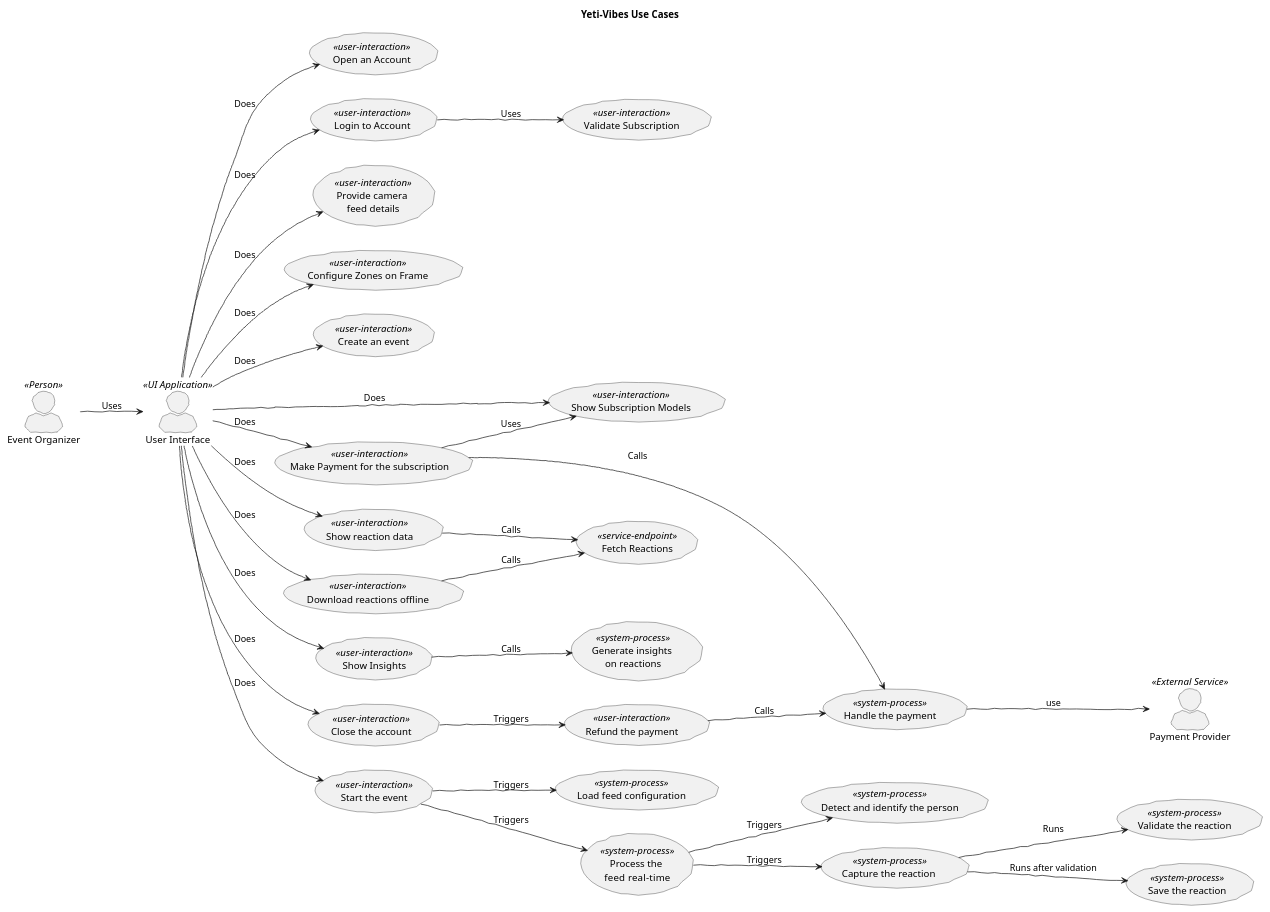
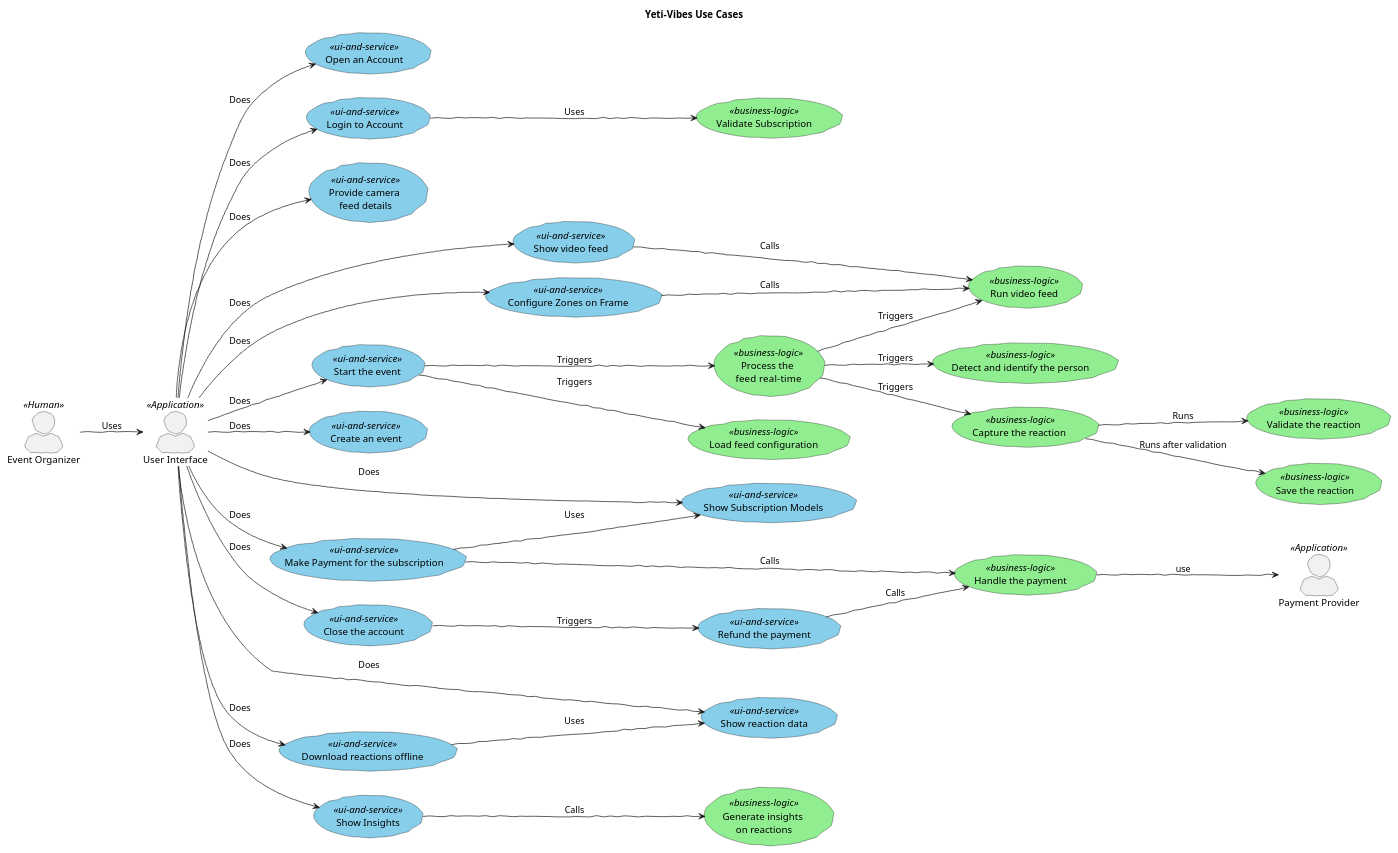
Before and after one commit to backendkolawole/yeti-crowd-insights: the diagram in docs/diagrams/src/yeti-vibes-use-cases.puml, drawn with PlantUML. The commit also changed 2 other files, not shown here.

Commit message:
Added few more use cases to the diagram. Some names changed

```diff
--- a/docs/diagrams/src/yeti-vibes-use-cases.puml
+++ b/docs/diagrams/src/yeti-vibes-use-cases.puml
@@ -1,79 +1,87 @@
 @startuml yeti_vibes_use_case_diagram
 title "Yeti-Vibes Use Cases"
 
 ' Layout settings
 skinparam actorStyle awesome
 skinparam handwritten true
 left to right direction
+skinparam usecase {
+    BackgroundColor<<ui-and-service>> SkyBlue
+    BackgroundColor<<business-logic>> LightGreen
+}
+
 
 ' Actor definitions
-actor :Event Organizer: as Client <<Person>>
-actor :User Interface: as UI <<UI Application>>
-actor :Payment Provider: as PaymentProvider <<External Service>>
+actor :Event Organizer: as Client << Human >>
+actor :User Interface: as UI <<Application>>
+actor :Payment Provider: as PaymentProvider <<Application>>
 
-' Client interaction use cases
-'rectangle Client_Interactions {
-    usecase OpenAccount as "Open an Account" <<user-interaction>>
-    usecase Login as "Login to Account" <<user-interaction>>
-    usecase ValidateSubscription as "Validate Subscription" <<user-interaction>>
-    usecase ConfigureCamera as "Provide camera \nfeed details" <<user-interaction>>
-    usecase ConfigureFrame as "Configure Zones on Frame" <<user-interaction>>
-    usecase CreateEvent as "Create an event" <<user-interaction>>
-    usecase ShowSubscriptions as "Show Subscription Models" <<user-interaction>>
-    usecase MakePayment as "Make Payment for the subscription" <<user-interaction>>
-    usecase FetchReactions as "Fetch Reactions" <<service-endpoint>>
-    usecase ShowReactions as "Show reaction data" <<user-interaction>>
-    usecase DownloadReactions as "Download reactions offline" <<user-interaction>>
-    usecase ShowInsights as "Show Insights" <<user-interaction>>
-    usecase CloseAccount as "Close the account" <<user-interaction>>
-    usecase RefundPayment as "Refund the payment" <<user-interaction>>
-    usecase StartEvent as "Start the event" <<user-interaction>>
-'}
+' Client application or service interaction use cases
+
+    usecase OpenAccount as "Open an Account" <<ui-and-service>>
+    usecase Login as "Login to Account" <<ui-and-service>>
+    usecase ValidateSubscription as "Validate Subscription" <<business-logic>>
+    usecase ConfigureCamera as "Provide camera \nfeed details" <<ui-and-service>>
+    usecase ShowVideoFeed as "Show video feed" <<ui-and-service>>
+    usecase ConfigureFrame as "Configure Zones on Frame" <<ui-and-service>>
+    usecase CreateEvent as "Create an event" <<ui-and-service>>
+    usecase ShowSubscriptions as "Show Subscription Models" <<ui-and-service>>
+    usecase MakePayment as "Make Payment for the subscription" <<ui-and-service>>
+    usecase ShowReactions as "Show reaction data" <<ui-and-service>>
+    usecase DownloadReactions as "Download reactions offline" <<ui-and-service>>
+    usecase ShowInsights as "Show Insights" <<ui-and-service>>
+    usecase CloseAccount as "Close the account" <<ui-and-service>>
+    usecase RefundPayment as "Refund the payment" <<ui-and-service>>
+    usecase StartEvent as "Start the event" <<ui-and-service>>
+
 
 
 ' System process use cases
-'rectangle System_Interactions {
-    usecase LoadConfiguration as "Load feed configuration" <<system-process>>
-    usecase ProcessFeed as "Process the \nfeed  real-time" <<system-process>>
-    usecase IdentifyPerson as "Detect and identify the person" <<system-process>>
-    usecase CaptureReaction as "Capture the reaction " <<system-process>>
-    usecase ValidateReaction as "Validate the reaction" <<system-process>>
-    usecase SaveReaction as "Save the reaction" <<system-process>>
-    usecase GenerateInsights as "Generate insights \non reactions" <<system-process>>
-    usecase HandlePayment as "Handle the payment" <<system-process>>
-'}
+    usecase LoadConfiguration as "Load feed configuration" <<business-logic>>
+    usecase RunFeed as "Run video feed" <<business-logic>>
+    usecase ProcessFeed as "Process the \nfeed  real-time" <<business-logic>>
+    usecase IdentifyPerson as "Detect and identify the person" <<business-logic>>
+    usecase CaptureReaction as "Capture the reaction " <<business-logic>>
+    usecase ValidateReaction as "Validate the reaction" <<business-logic>>
+    usecase SaveReaction as "Save the reaction" <<business-logic>>
+    usecase GenerateInsights as "Generate insights \non reactions" <<business-logic>>
+    usecase HandlePayment as "Handle the payment" <<business-logic>>
+
 
 ' Client interactions
 Client --> UI : Uses
 UI --> OpenAccount : Does
 UI --> Login : Does
 Login --> ValidateSubscription : Uses
 UI --> ConfigureCamera : Does
+UI --> ShowVideoFeed : Does
+ShowVideoFeed --> RunFeed : Calls
 UI --> ConfigureFrame : Does
+ConfigureFrame --> RunFeed : Calls
 UI --> CreateEvent : Does
 UI --> ShowSubscriptions : Does
 UI --> MakePayment : Does
 MakePayment --> ShowSubscriptions : Uses
 MakePayment --> HandlePayment : Calls
 UI --> StartEvent : Does
 UI --> ShowReactions : Does
 UI --> DownloadReactions : Does
-ShowReactions --> FetchReactions : Calls
-DownloadReactions --> FetchReactions : Calls
+DownloadReactions --> ShowReactions : Uses
 UI --> ShowInsights : Does
 ShowInsights --> GenerateInsights : Calls
 UI --> CloseAccount : Does
 CloseAccount --> RefundPayment : Triggers
 RefundPayment --> HandlePayment : Calls
 
 
 ' System interactions
 StartEvent --> LoadConfiguration : Triggers
 StartEvent --> ProcessFeed : Triggers
+ProcessFeed --> RunFeed: Triggers
 ProcessFeed --> IdentifyPerson : Triggers
 ProcessFeed --> CaptureReaction : Triggers
 CaptureReaction --> ValidateReaction : Runs
 CaptureReaction --> SaveReaction : Runs after validation
 HandlePayment --> PaymentProvider : use
 
 @enduml
```
